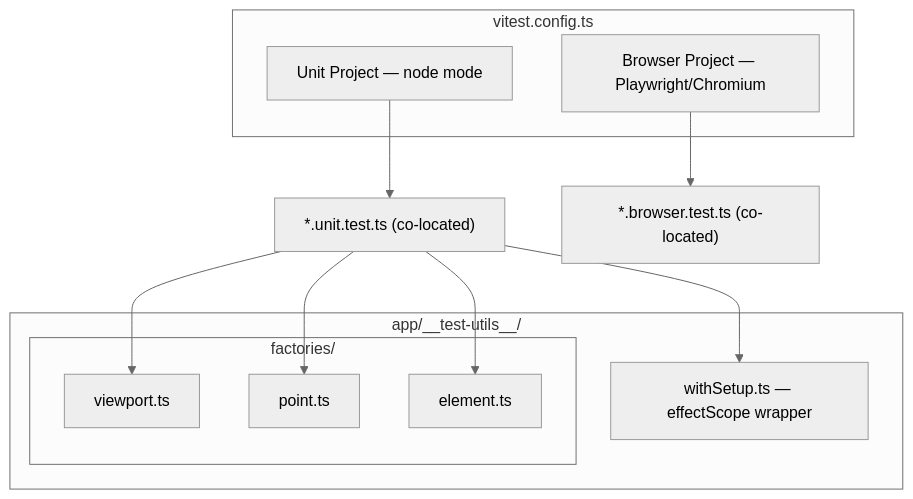
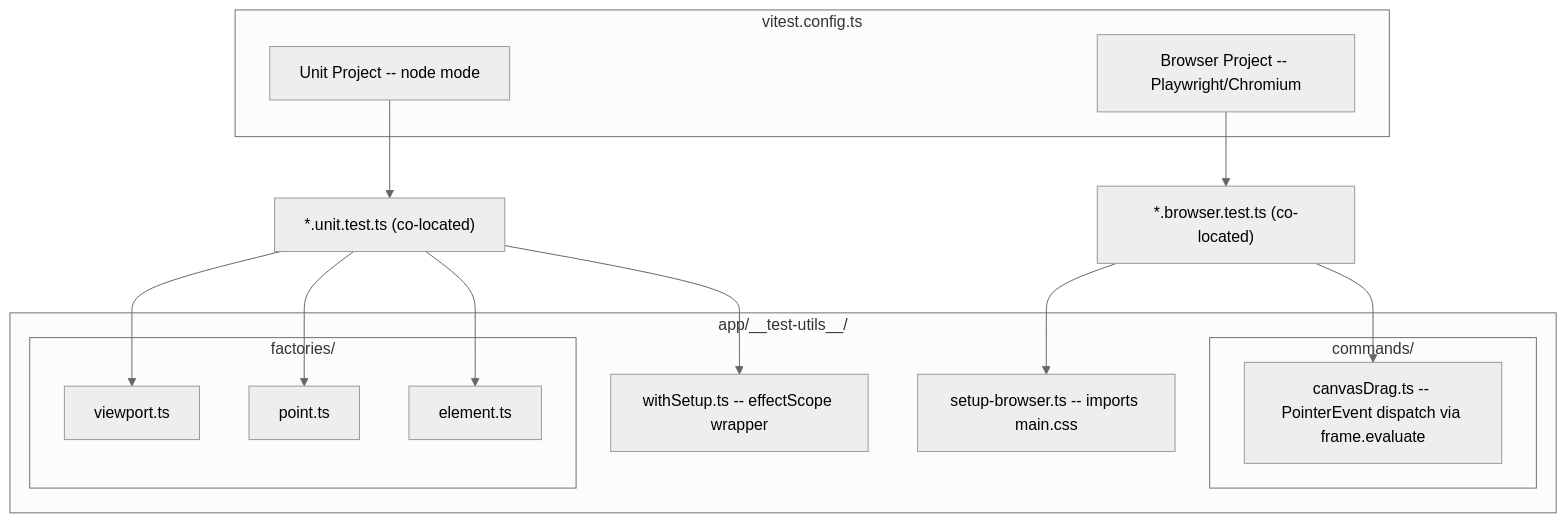
One commit to alexanderop/excalidrawNuxt changed the diagram in docs/diagrams/testing-architecture.md. Above: the diagram before and after it, drawn with Mermaid (neutral theme). The commit also changed other lines of this file and 74 other files, not shown here.

````diff
--- a/docs/diagrams/testing-architecture.md
+++ b/docs/diagrams/testing-architecture.md
@@ -5,24 +5,30 @@
 ```mermaid
 graph TD
     subgraph "vitest.config.ts"
-        UP[Unit Project — node mode]
-        BP[Browser Project — Playwright/Chromium]
+        UP[Unit Project -- node mode]
+        BP[Browser Project -- Playwright/Chromium]
     end
 
     UP --> UT["*.unit.test.ts (co-located)"]
     BP --> BT["*.browser.test.ts (co-located)"]
 
     subgraph "app/__test-utils__/"
-        WS[withSetup.ts — effectScope wrapper]
+        WS[withSetup.ts -- effectScope wrapper]
+        SB[setup-browser.ts -- imports main.css]
+        subgraph "commands/"
+            CD["canvasDrag.ts -- PointerEvent dispatch via frame.evaluate"]
+        end
         subgraph "factories/"
             VF[viewport.ts]
             PF[point.ts]
             EF[element.ts]
         end
     end
 
     UT --> WS
     UT --> VF
     UT --> PF
     UT --> EF
+    BT --> CD
+    BT --> SB
 ```
````
